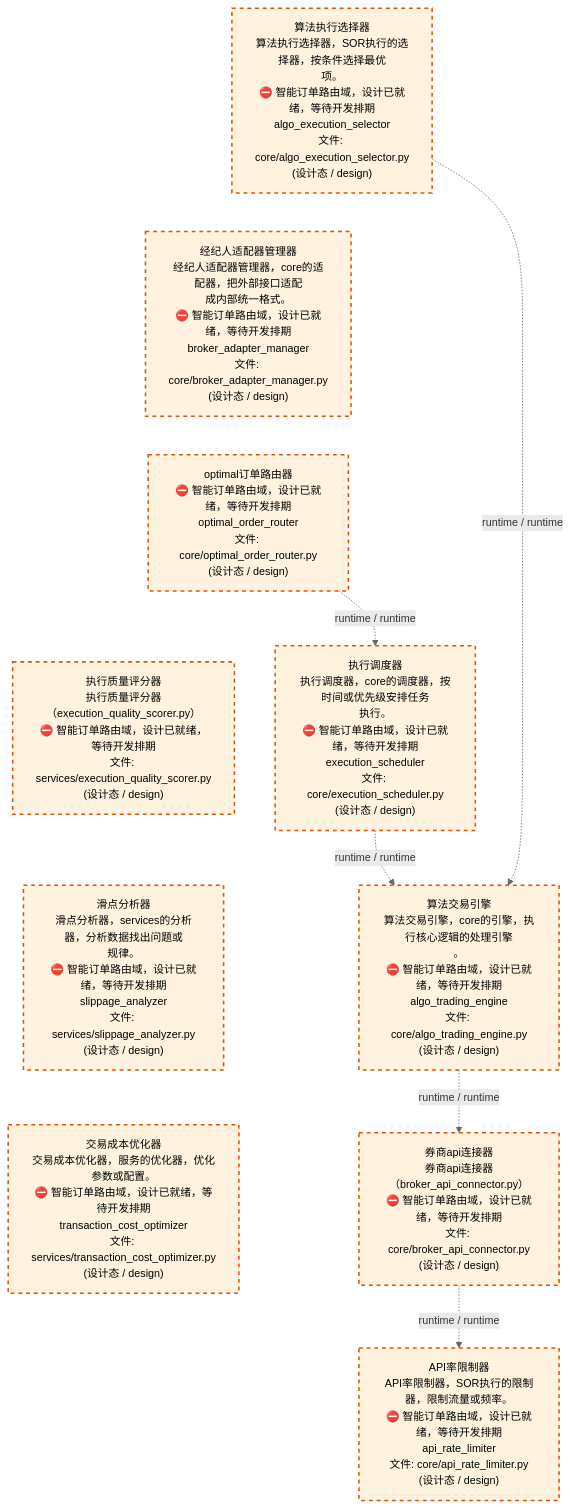
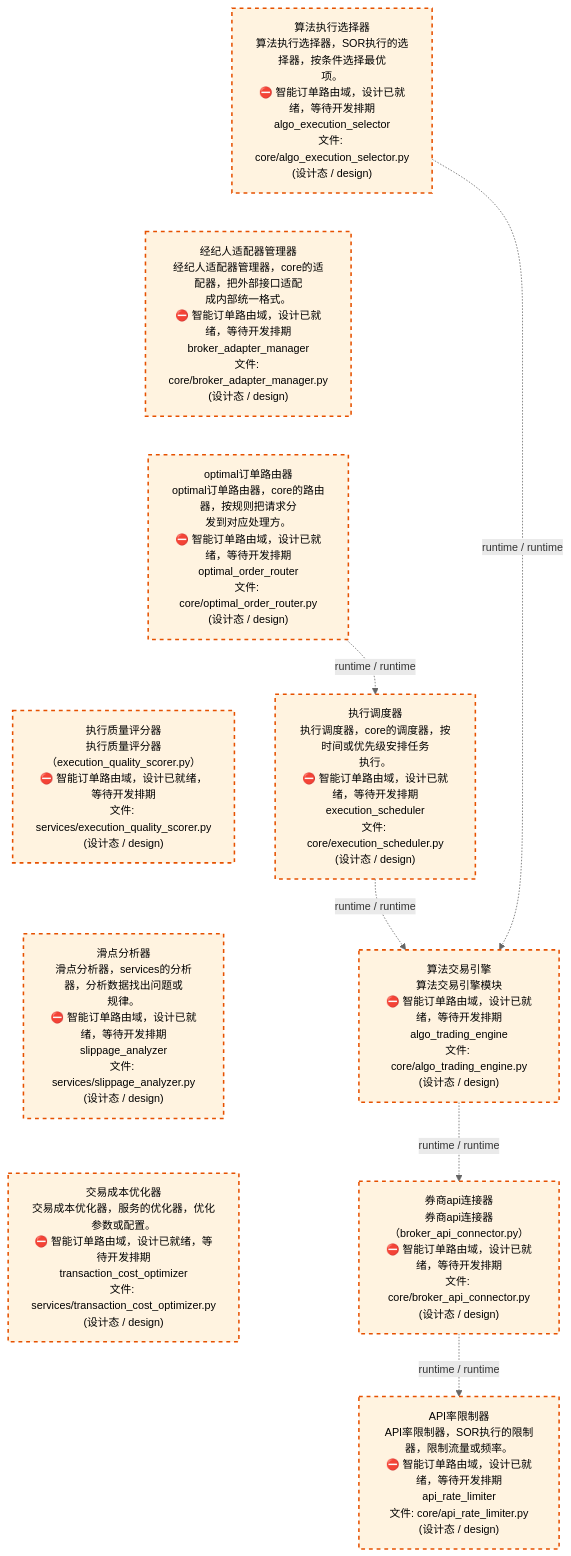
The third of 4 diagrams in docs/02_enterprise_architecture/02_domain_architecture_docs/45_d_ex_sor.md (xuanFelixVan/ZephyrAlpha), drawn with Mermaid before and after one commit. The commit also changed other lines of this file and 58 other files, not shown here.

````diff
--- a/docs/02_enterprise_architecture/02_domain_architecture_docs/45_d_ex_sor.md
+++ b/docs/02_enterprise_architecture/02_domain_architecture_docs/45_d_ex_sor.md
@@ -138,29 +138,29 @@
 ```mermaid
 %%{init: {'theme': 'base', 'themeVariables': {'primaryColor': '#eaeaea', 'primaryTextColor': '#333333', 'primaryBorderColor': '#666666', 'lineColor': '#666666', 'secondaryColor': '#eaeaea', 'tertiaryColor': '#eaeaea', 'fontSize': '14px'}}}%%
 flowchart TD
     src_zephyr_ex_sor_core_algo_execution_selector_py["算法执行选择器<br/>算法执行选择器，SOR执行的选择器，按条件选择最优<br/>项。<br/>⛔ 智能订单路由域，设计已就绪，等待开发排期<br/>algo_execution_selector<br/>文件: core/algo_execution_selector.py<br/>(设计态 / design)"]
     src_zephyr_ex_sor_core_broker_adapter_manager_py["经纪人适配器管理器<br/>经纪人适配器管理器，core的适配器，把外部接口适配<br/>成内部统一格式。<br/>⛔ 智能订单路由域，设计已就绪，等待开发排期<br/>broker_adapter_manager<br/>文件: core/broker_adapter_manager.py<br/>(设计态 / design)"]
-    src_zephyr_ex_sor_core_optimal_order_router_py["optimal订单路由器<br/>⛔ 智能订单路由域，设计已就绪，等待开发排期<br/>optimal_order_router<br/>文件: core/optimal_order_router.py<br/>(设计态 / design)"]
+    src_zephyr_ex_sor_core_optimal_order_router_py["optimal订单路由器<br/>optimal订单路由器，core的路由器，按规则把请求分<br/>发到对应处理方。<br/>⛔ 智能订单路由域，设计已就绪，等待开发排期<br/>optimal_order_router<br/>文件: core/optimal_order_router.py<br/>(设计态 / design)"]
     src_zephyr_ex_sor_services_execution_quality_scorer_py["执行质量评分器<br/>执行质量评分器（execution_quality_scorer.py）<br/>⛔ 智能订单路由域，设计已就绪，等待开发排期<br/>文件: services/execution_quality_scorer.py<br/>(设计态 / design)"]
     src_zephyr_ex_sor_services_slippage_analyzer_py["滑点分析器<br/>滑点分析器，services的分析器，分析数据找出问题或<br/>规律。<br/>⛔ 智能订单路由域，设计已就绪，等待开发排期<br/>slippage_analyzer<br/>文件: services/slippage_analyzer.py<br/>(设计态 / design)"]
     src_zephyr_ex_sor_services_transaction_cost_optimizer_py["交易成本优化器<br/>交易成本优化器，服务的优化器，优化参数或配置。<br/>⛔ 智能订单路由域，设计已就绪，等待开发排期<br/>transaction_cost_optimizer<br/>文件: services/transaction_cost_optimizer.py<br/>(设计态 / design)"]
     src_zephyr_ex_sor_core_algo_execution_selector_py ~~~ src_zephyr_ex_sor_core_broker_adapter_manager_py
     src_zephyr_ex_sor_core_broker_adapter_manager_py ~~~ src_zephyr_ex_sor_core_optimal_order_router_py
     src_zephyr_ex_sor_core_optimal_order_router_py ~~~ src_zephyr_ex_sor_services_execution_quality_scorer_py
     src_zephyr_ex_sor_services_execution_quality_scorer_py ~~~ src_zephyr_ex_sor_services_slippage_analyzer_py
     src_zephyr_ex_sor_services_slippage_analyzer_py ~~~ src_zephyr_ex_sor_services_transaction_cost_optimizer_py
     src_zephyr_ex_sor_core_execution_scheduler_py["执行调度器<br/>执行调度器，core的调度器，按时间或优先级安排任务<br/>执行。<br/>⛔ 智能订单路由域，设计已就绪，等待开发排期<br/>execution_scheduler<br/>文件: core/execution_scheduler.py<br/>(设计态 / design)"]
-    src_zephyr_ex_sor_core_algo_trading_engine_py["算法交易引擎<br/>算法交易引擎，core的引擎，执行核心逻辑的处理引擎<br/>。<br/>⛔ 智能订单路由域，设计已就绪，等待开发排期<br/>algo_trading_engine<br/>文件: core/algo_trading_engine.py<br/>(设计态 / design)"]
+    src_zephyr_ex_sor_core_algo_trading_engine_py["算法交易引擎<br/>算法交易引擎模块<br/>⛔ 智能订单路由域，设计已就绪，等待开发排期<br/>algo_trading_engine<br/>文件: core/algo_trading_engine.py<br/>(设计态 / design)"]
     src_zephyr_ex_sor_core_broker_api_connector_py["券商api连接器<br/>券商api连接器（broker_api_connector.py）<br/>⛔ 智能订单路由域，设计已就绪，等待开发排期<br/>文件: core/broker_api_connector.py<br/>(设计态 / design)"]
     src_zephyr_ex_sor_core_api_rate_limiter_py["API率限制器<br/>API率限制器，SOR执行的限制器，限制流量或频率。<br/>⛔ 智能订单路由域，设计已就绪，等待开发排期<br/>api_rate_limiter<br/>文件: core/api_rate_limiter.py<br/>(设计态 / design)"]
     src_zephyr_ex_sor_core_optimal_order_router_py -.->|runtime / runtime| src_zephyr_ex_sor_core_execution_scheduler_py
     src_zephyr_ex_sor_core_execution_scheduler_py -.->|runtime / runtime| src_zephyr_ex_sor_core_algo_trading_engine_py
     src_zephyr_ex_sor_core_algo_trading_engine_py -.->|runtime / runtime| src_zephyr_ex_sor_core_broker_api_connector_py
     src_zephyr_ex_sor_core_algo_execution_selector_py -.->|runtime / runtime| src_zephyr_ex_sor_core_algo_trading_engine_py
     src_zephyr_ex_sor_core_broker_api_connector_py -.->|runtime / runtime| src_zephyr_ex_sor_core_api_rate_limiter_py
     classDef production fill:#e1f5fe,stroke:#01579b,stroke-width:2px,color:#000
     classDef design fill:#fff3e0,stroke:#e65100,stroke-width:2px,color:#000,stroke-dasharray: 5 5
     classDef external_prod fill:#e8f4fd,stroke:#0277bd,stroke-width:1px,color:#000
     classDef external_design fill:#fff8e7,stroke:#ef6c00,stroke-width:1px,color:#000,stroke-dasharray: 5 5
     class src_zephyr_ex_sor_core_algo_execution_selector_py,src_zephyr_ex_sor_core_algo_trading_engine_py,src_zephyr_ex_sor_core_api_rate_limiter_py,src_zephyr_ex_sor_core_broker_adapter_manager_py,src_zephyr_ex_sor_core_broker_api_connector_py,src_zephyr_ex_sor_core_execution_scheduler_py,src_zephyr_ex_sor_core_optimal_order_router_py,src_zephyr_ex_sor_services_execution_quality_scorer_py,src_zephyr_ex_sor_services_slippage_analyzer_py,src_zephyr_ex_sor_services_transaction_cost_optimizer_py design
 ```
````
